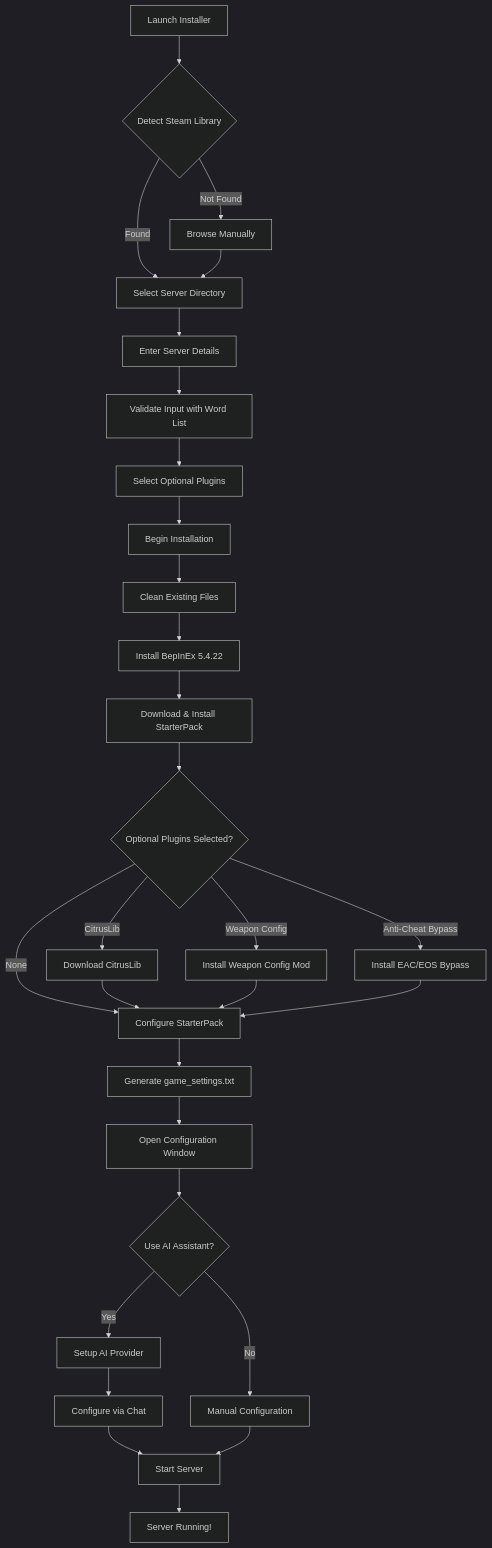
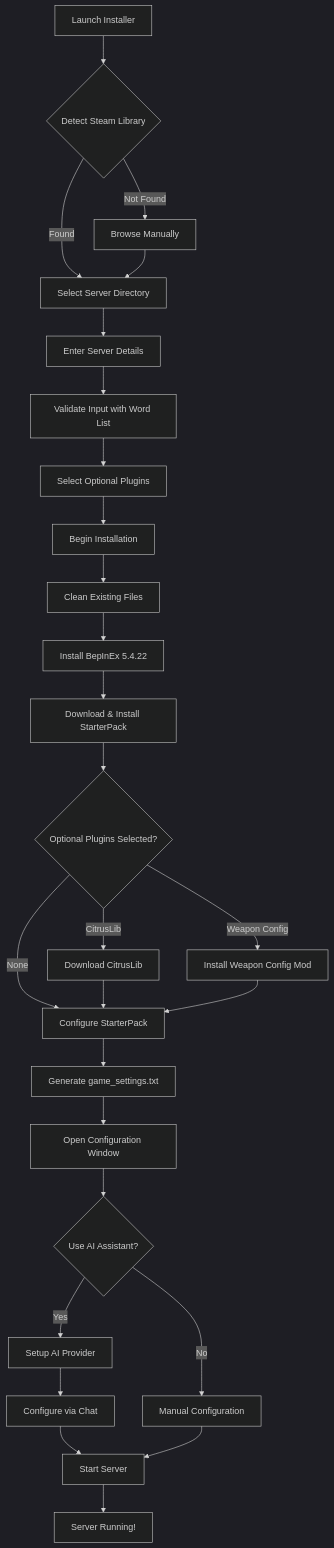
One commit to user1342554/TABG-Server-Installer changed the diagram in README.md. Above: the diagram before and after it, drawn with Mermaid (dark theme). The commit also changed 9 other files, not shown here.

Commit message:
Remove AntiCheat remover option; gate Config/AI tabs until install; AI Chat: remove welcome/history/edit/reload; show tool calls; add typing effect; fix local model sizes and directory handling; docs updated

````diff
--- a/README.md
+++ b/README.md
@@ -45,37 +45,36 @@
 ```mermaid
 flowchart TD
     A[Launch Installer] --> B{Detect Steam Library}
     B -->|Found| C[Select Server Directory]
     B -->|Not Found| D[Browse Manually]
     D --> C
     C --> E[Enter Server Details]
     E --> F[Validate Input with Word List]
     F --> G[Select Optional Plugins]
     G --> H[Begin Installation]
     
     H --> I[Clean Existing Files]
     I --> J[Install BepInEx 5.4.22]
     J --> K[Download & Install StarterPack]
     K --> L{Optional Plugins Selected?}
     
     L -->|CitrusLib| M1[Download CitrusLib]
     L -->|Weapon Config| M2[Install Weapon Config Mod]
-    L -->|Anti-Cheat Bypass| M3[Install EAC/EOS Bypass]
     L -->|None| N
     
     M1 --> N
     M2 --> N
-    M3 --> N[Configure StarterPack]
+    N[Configure StarterPack]
     
     N --> O[Generate game_settings.txt]
     O --> P[Open Configuration Window]
     P --> Q{Use AI Assistant?}
     
     Q -->|Yes| R[Setup AI Provider]
     R --> S[Configure via Chat]
     Q -->|No| T[Manual Configuration]
     
     S --> U[Start Server]
     T --> U
     U --> V[Server Running!]
 ```
````
